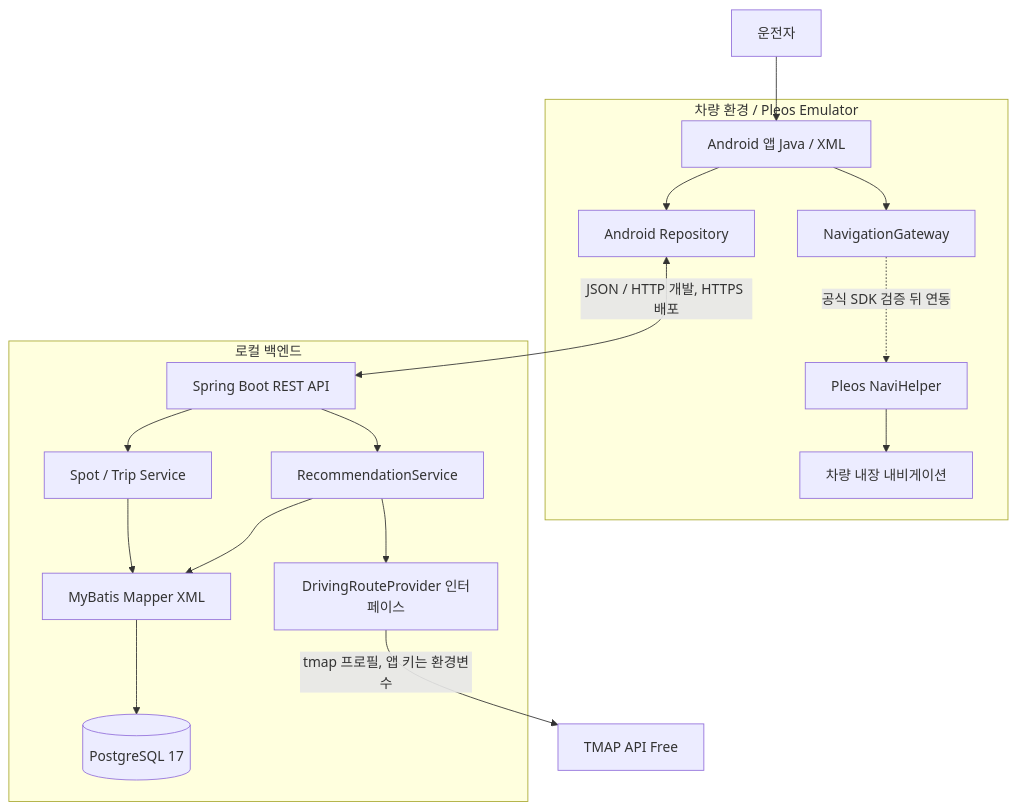
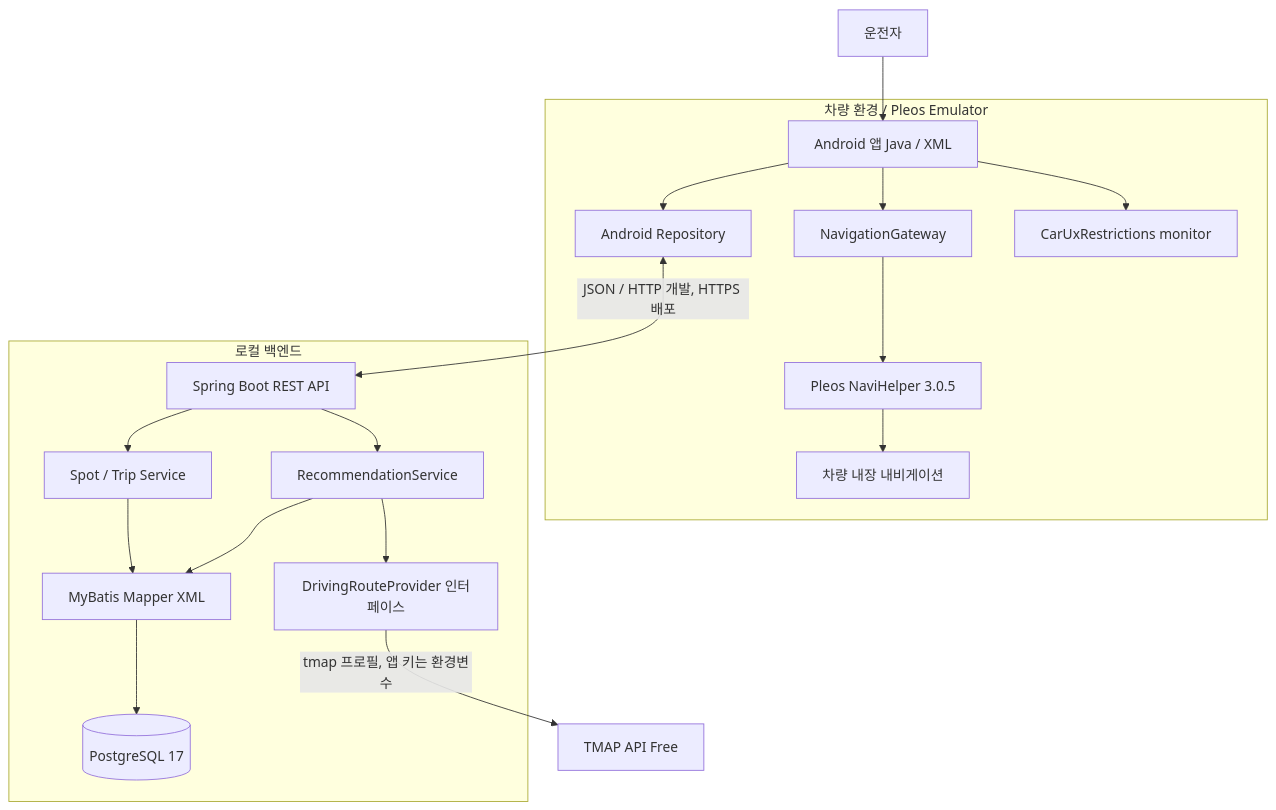
The diagram in docs/architecture.md (kiy3035/just-go), drawn with Mermaid before and after one commit. The commit also changed other lines of this file and 22 other files, not shown here.

````diff
--- a/docs/architecture.md
+++ b/docs/architecture.md
@@ -16,20 +16,21 @@
 ```mermaid
 flowchart TB
     U[운전자] --> UI[Android 앱 Java / XML]
     subgraph Pleos[차량 환경 / Pleos Emulator]
       UI --> Repo[Android Repository]
       UI --> NaviGateway[NavigationGateway]
-      NaviGateway -. 공식 SDK 검증 뒤 연동 .-> NaviHelper[Pleos NaviHelper]
+      UI --> UxRestrictions[CarUxRestrictions monitor]
+      NaviGateway --> NaviHelper[Pleos NaviHelper 3.0.5]
       NaviHelper --> CarNav[차량 내장 내비게이션]
     end
     Repo <-->|JSON / HTTP 개발, HTTPS 배포| Api[Spring Boot REST API]
     subgraph Local[로컬 백엔드]
       Api --> Recommendation[RecommendationService]
       Api --> Other[Spot / Trip Service]
       Recommendation --> Mapper[MyBatis Mapper XML]
       Other --> Mapper
       Mapper --> DB[(PostgreSQL 17)]
       Recommendation --> RouteProvider[DrivingRouteProvider 인터페이스]
     end
     RouteProvider -->|tmap 프로필, 앱 키는 환경변수| MapAPI[TMAP API Free]
 ```
````
